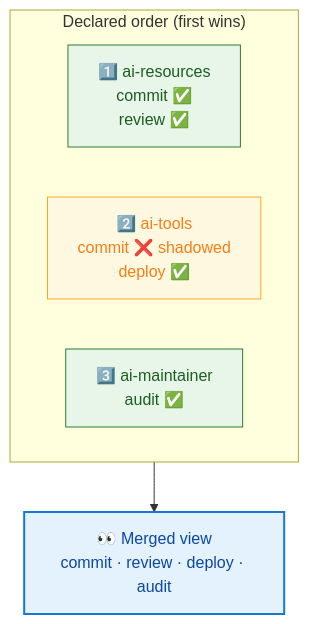
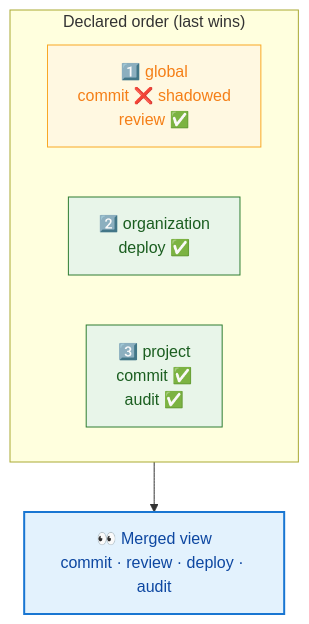
The second of 2 diagrams in docs/index.md (sylvanld/airfs), drawn with Mermaid before and after one commit. The commit also changed other lines of this file and 12 other files, not shown here.

````diff
--- a/docs/index.md
+++ b/docs/index.md
@@ -94,15 +102,15 @@
 ```mermaid
 flowchart TB
-    subgraph S["Declared order (first wins)"]
+    subgraph S["Declared order (last wins)"]
         direction LR
-        S1["1️⃣ ai-resources<br/>commit ✅<br/>review ✅"]:::win
-        S2["2️⃣ ai-tools<br/>commit ❌ shadowed<br/>deploy ✅"]:::mix
-        S3["3️⃣ ai-maintainer<br/>audit ✅"]:::win
+        S1["1️⃣ global<br/>commit ❌ shadowed<br/>review ✅"]:::mix
+        S2["2️⃣ organization<br/>deploy ✅"]:::win
+        S3["3️⃣ project<br/>commit ✅<br/>audit ✅"]:::win
     end
 
     S --> R["👀 Merged view<br/>commit · review · deploy · audit"]:::out
 
     classDef win fill:#e8f5e9,stroke:#2e7d32,color:#1b5e20
     classDef mix fill:#fff8e1,stroke:#f9a825,color:#f57f17
     classDef out fill:#e3f2fd,stroke:#1976d2,stroke-width:2px,color:#0d47a1
 ```
````
